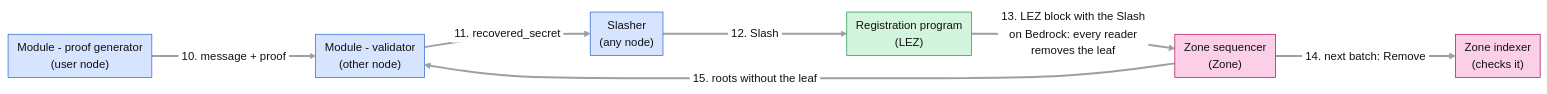
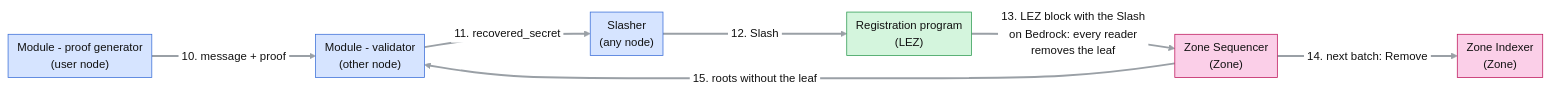
The diagram in docs/anoncomms/raw/images/rln-membership-zone-slashing.mmd (logos-co/logos-lips), drawn with Mermaid before and after one commit. The commit also changed 6 other files, not shown here.

```diff
--- a/docs/anoncomms/raw/images/rln-membership-zone-slashing.mmd
+++ b/docs/anoncomms/raw/images/rln-membership-zone-slashing.mmd
@@ -1,18 +1,18 @@
 %% Source of images/rln-membership-zone-slashing.png (rln-membership-zone.md). Render after an
 %% edit: base64url-encode this file and GET https://mermaid.ink/img/<encoded>?type=png&width=2000&scale=2&bgColor=!white
 %%{init: {"theme": "base", "flowchart": {"curve": "basis", "nodeSpacing": 40, "rankSpacing": 70, "padding": 6}, "themeVariables": {"lineColor": "#9aa0a6", "primaryTextColor": "#111111", "edgeLabelBackground": "#ffffff", "fontSize": "15px"}, "themeCSS": "marker { overflow: visible; } .arrowMarkerPath { transform: scale(1.7); transform-origin: 5px 5px; } .edgeLabel, .edgeLabel p, .edgeLabel span { font-size: 12px; line-height: 1.2; }"}}%%
 flowchart LR
     SND["Module - proof generator<br/>(user node)"] -->|"#nbsp;10. message + proof#nbsp;"| VAL["Module - validator<br/>(other node)"]
     VAL -->|"#nbsp;11. recovered_secret#nbsp;"| SL["Slasher<br/>(any node)"]
     SL -->|"#nbsp;12. Slash#nbsp;"| PROG["Registration program<br/>(LEZ)"]
-    PROG -->|"#nbsp;13. LEZ block with the Slash#nbsp;<br/>#nbsp;on Bedrock: every reader#nbsp;<br/>#nbsp;removes the leaf#nbsp;"| ZSEQ["Zone sequencer<br/>(Zone)"]
-    ZSEQ -->|"#nbsp;14. next batch: Remove#nbsp;"| IDX["Zone indexer<br/>(checks it)"]
+    PROG -->|"#nbsp;13. LEZ block with the Slash#nbsp;<br/>#nbsp;on Bedrock: every reader#nbsp;<br/>#nbsp;removes the leaf#nbsp;"| ZSEQ["Zone Sequencer<br/>(Zone)"]
+    ZSEQ -->|"#nbsp;14. next batch: Remove#nbsp;"| IDX["Zone Indexer<br/>(Zone)"]
     ZSEQ -->|"#nbsp;15. roots without the leaf#nbsp;"| VAL
     linkStyle default stroke-width:2.5px
 
     classDef user fill:#d6e4ff,stroke:#3b6fd8,color:#111111
     classDef lez fill:#d4f5dd,stroke:#2e9b52,color:#111111
     classDef zone fill:#fbcfe8,stroke:#be185d,color:#111111
     class SND,VAL,SL user
     class PROG lez
     class ZSEQ,IDX zone
```
